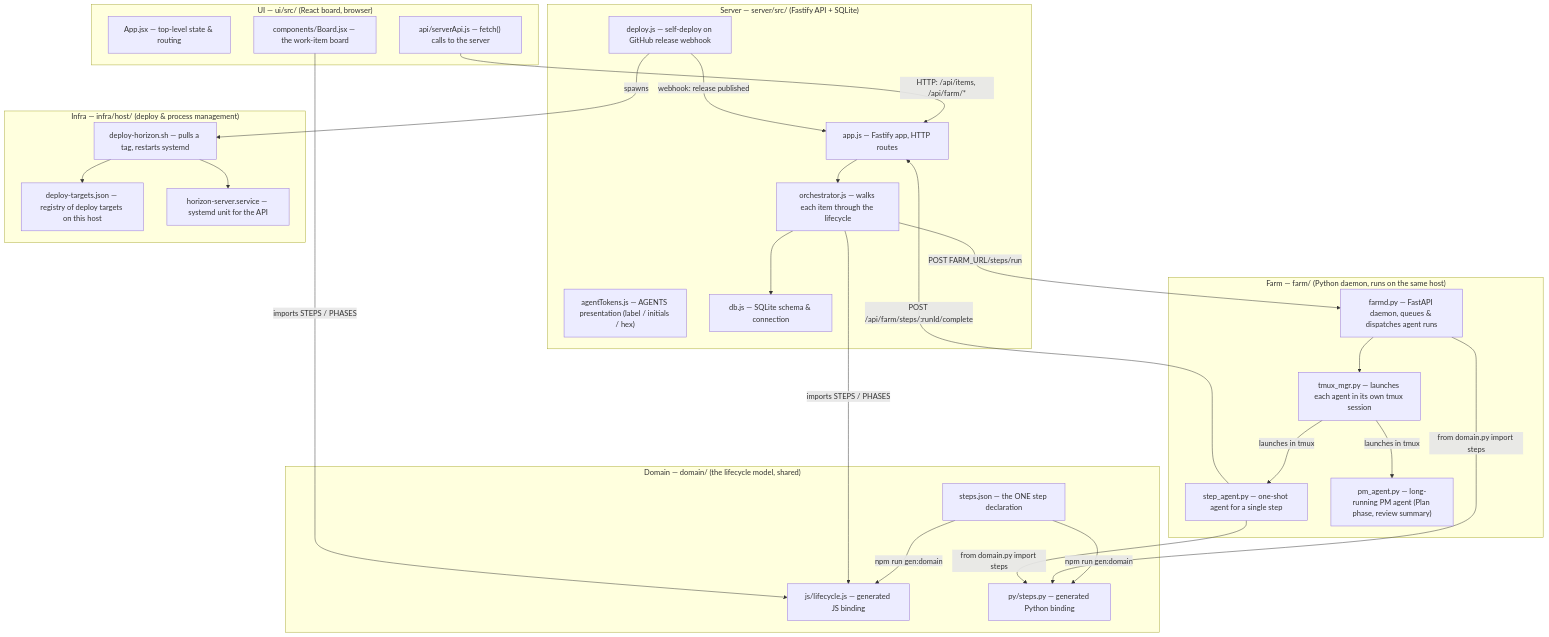
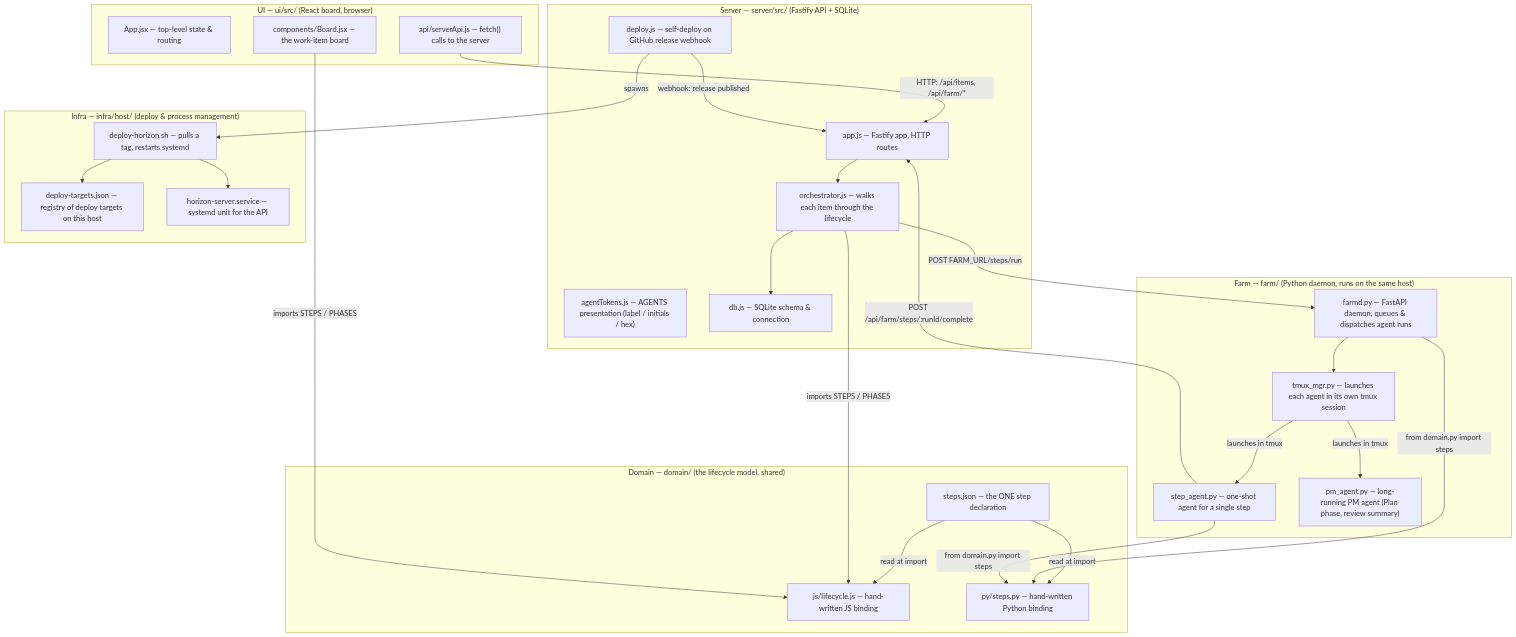
Before and after one commit to FinTekkers/horizon: the first of 2 diagrams in docs/architecture.md, drawn with Mermaid. The commit also changed other lines of this file and 29 other files, not shown here.

Commit message:
HZ-139: Simplify domain/: replace templates and generator with real JS and Python that load steps.json (Horizon Eng agent)

````diff
--- a/docs/architecture.md
+++ b/docs/architecture.md
@@ -10,54 +10,54 @@
 ```mermaid
 graph TD
     subgraph DOMAIN["Domain — domain/ (the lifecycle model, shared)"]
         DSrc["steps.json — the ONE step declaration"]
-        DJs["js/lifecycle.js — generated JS binding"]
-        DPy["py/steps.py — generated Python binding"]
+        DJs["js/lifecycle.js — hand-written JS binding"]
+        DPy["py/steps.py — hand-written Python binding"]
     end
 
     subgraph UI["UI — ui/src/ (React board, browser)"]
         UIApp["App.jsx — top-level state & routing"]
         UIBoard["components/Board.jsx — the work-item board"]
         UIApi["api/serverApi.js — fetch() calls to the server"]
     end
 
     subgraph SERVER["Server — server/src/ (Fastify API + SQLite)"]
         SApp["app.js — Fastify app, HTTP routes"]
         SOrch["orchestrator.js — walks each item through the lifecycle"]
         SAgents["agentTokens.js — AGENTS presentation (label / initials / hex)"]
         SDb["db.js — SQLite schema & connection"]
         SDeploy["deploy.js — self-deploy on GitHub release webhook"]
     end
 
     subgraph FARM["Farm — farm/ (Python daemon, runs on the same host)"]
         FDaemon["farmd.py — FastAPI daemon, queues & dispatches agent runs"]
         FTmux["tmux_mgr.py — launches each agent in its own tmux session"]
         FStep["step_agent.py — one-shot agent for a single step"]
         FPm["pm_agent.py — long-running PM agent (Plan phase, review summary)"]
     end
 
     subgraph INFRA["Infra — infra/host/ (deploy & process management)"]
         IDeploy["deploy-horizon.sh — pulls a tag, restarts systemd"]
         ITargets["deploy-targets.json — registry of deploy targets on this host"]
         ISystemd["horizon-server.service — systemd unit for the API"]
     end
 
-    DSrc -->|"npm run gen:domain"| DJs
-    DSrc -->|"npm run gen:domain"| DPy
+    DSrc -->|"read at import"| DJs
+    DSrc -->|"read at import"| DPy
     UIApi -->|"HTTP: /api/items, /api/farm/*"| SApp
     SApp --> SOrch
     SOrch -->|"imports STEPS / PHASES"| DJs
     UIBoard -->|"imports STEPS / PHASES"| DJs
     FDaemon -->|"from domain.py import steps"| DPy
     FStep -->|"from domain.py import steps"| DPy
     SOrch --> SDb
     SOrch -->|"POST FARM_URL/steps/run"| FDaemon
     FDaemon --> FTmux
     FTmux -->|"launches in tmux"| FStep
     FTmux -->|"launches in tmux"| FPm
     FStep -->|"POST /api/farm/steps/:runId/complete"| SApp
     SDeploy -->|"webhook: release published"| SApp
     SDeploy -->|"spawns"| IDeploy
     IDeploy --> ITargets
     IDeploy --> ISystemd
 ```
````
